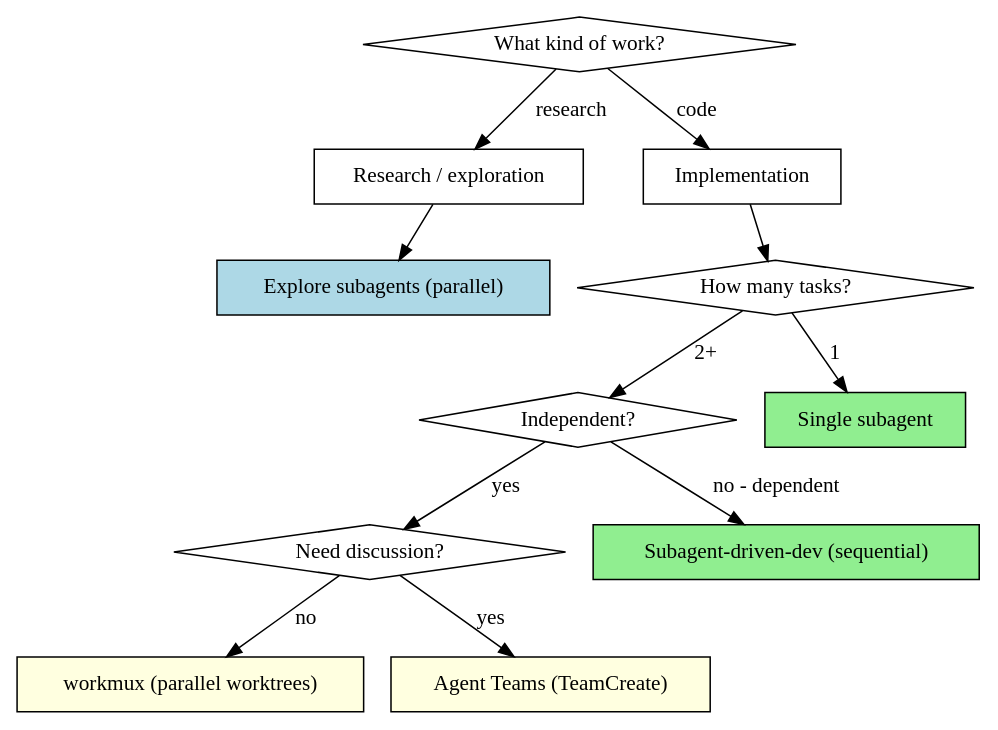
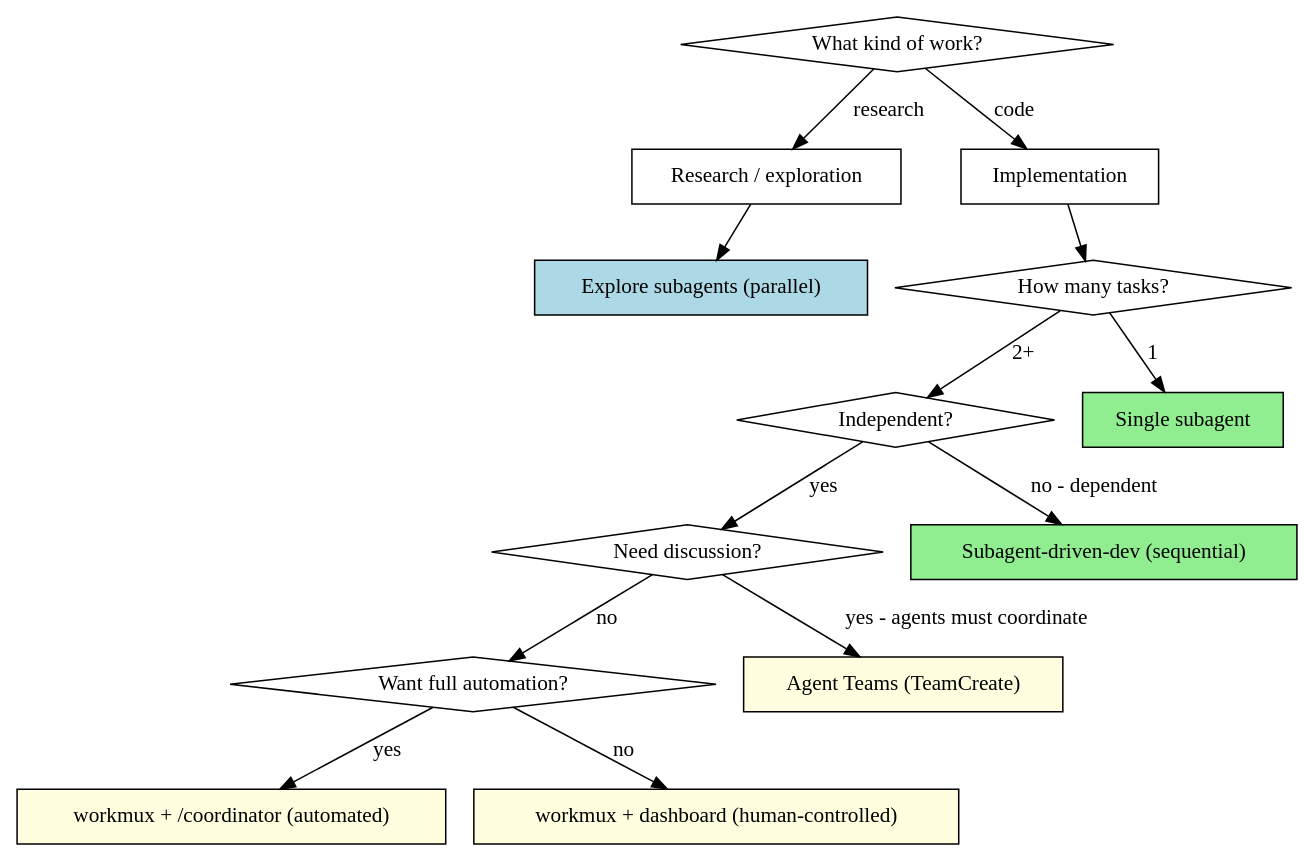
The second of 2 diagrams in skills/orchestrating-agent-teams/skill.md (DmitryBespalov/superpowers), drawn with Graphviz before and after one commit. The commit also changed other lines of this file, not shown here.

First line of the commit message:
feat: update orchestrating-agent-teams with workmux-Claude integration

````diff
--- a/skills/orchestrating-agent-teams/skill.md
+++ b/skills/orchestrating-agent-teams/skill.md
@@ -255,27 +344,31 @@
 ```dot
 digraph decision {
     "What kind of work?" [shape=diamond];
     "Research / exploration" [shape=box];
     "Implementation" [shape=box];
     "How many tasks?" [shape=diamond];
     "Independent?" [shape=diamond];
     "Need discussion?" [shape=diamond];
+    "Want full automation?" [shape=diamond];
 
     "Explore subagents (parallel)" [shape=box style=filled fillcolor=lightblue];
     "Single subagent" [shape=box style=filled fillcolor=lightgreen];
     "Subagent-driven-dev (sequential)" [shape=box style=filled fillcolor=lightgreen];
-    "workmux (parallel worktrees)" [shape=box style=filled fillcolor=lightyellow];
+    "workmux + /coordinator (automated)" [shape=box style=filled fillcolor=lightyellow];
+    "workmux + dashboard (human-controlled)" [shape=box style=filled fillcolor=lightyellow];
     "Agent Teams (TeamCreate)" [shape=box style=filled fillcolor=lightyellow];
 
     "What kind of work?" -> "Research / exploration" [label="research"];
     "What kind of work?" -> "Implementation" [label="code"];
     "Research / exploration" -> "Explore subagents (parallel)";
     "Implementation" -> "How many tasks?";
     "How many tasks?" -> "Single subagent" [label="1"];
     "How many tasks?" -> "Independent?" [label="2+"];
     "Independent?" -> "Subagent-driven-dev (sequential)" [label="no - dependent"];
     "Independent?" -> "Need discussion?" [label="yes"];
-    "Need discussion?" -> "Agent Teams (TeamCreate)" [label="yes"];
-    "Need discussion?" -> "workmux (parallel worktrees)" [label="no"];
+    "Need discussion?" -> "Agent Teams (TeamCreate)" [label="yes - agents must coordinate"];
+    "Need discussion?" -> "Want full automation?" [label="no"];
+    "Want full automation?" -> "workmux + /coordinator (automated)" [label="yes"];
+    "Want full automation?" -> "workmux + dashboard (human-controlled)" [label="no"];
 }
 ```
````
